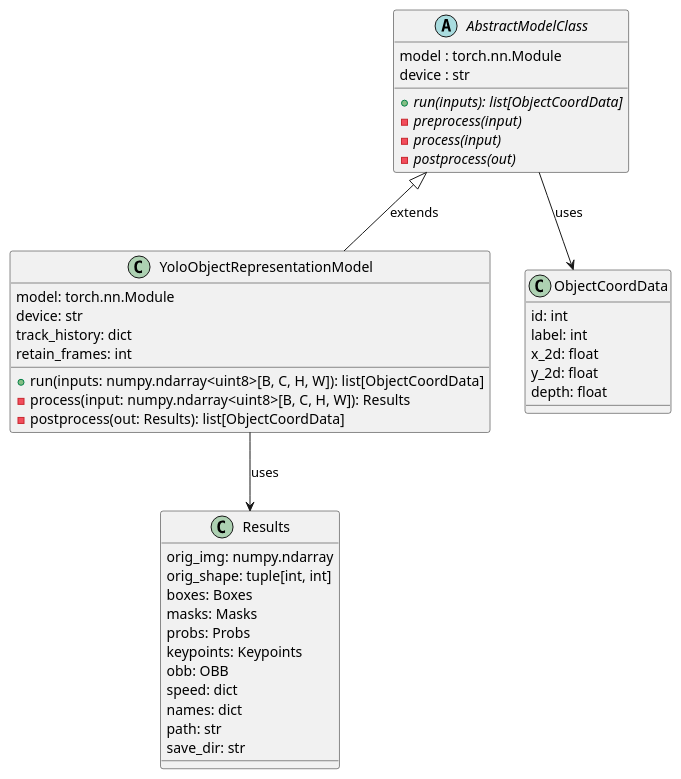
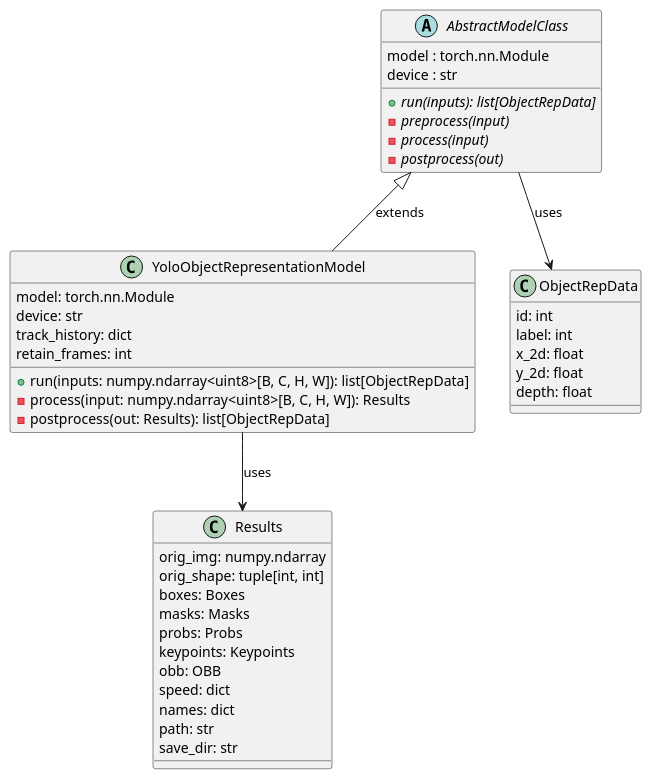
Before and after one commit to Jedi-Vision/ECE44x: the diagram in object_rep.puml, drawn with PlantUML. The commit also changed 9 other files, not shown here.

Commit message:
Add object buffer stuff and modify top-level diagrams

```diff
--- a/object_rep.puml
+++ b/object_rep.puml
@@ -1,48 +1,48 @@
 @startuml Object Representation
 
 abstract AbstractModelClass {
     model : torch.nn.Module
     device : str
-    + {abstract} run(inputs): list[ObjectCoordData]
+    + {abstract} run(inputs): list[ObjectRepData]
     - {abstract} preprocess(input)
     - {abstract} process(input)
     - {abstract} postprocess(out)
 }
 
 class YoloObjectRepresentationModel {
     model: torch.nn.Module
     device: str
     track_history: dict
     retain_frames: int
-    + run(inputs: numpy.ndarray<uint8>[B, C, H, W]): list[ObjectCoordData]
+    + run(inputs: numpy.ndarray<uint8>[B, C, H, W]): list[ObjectRepData]
     - process(input: numpy.ndarray<uint8>[B, C, H, W]): Results
-    - postprocess(out: Results): list[ObjectCoordData]
+    - postprocess(out: Results): list[ObjectRepData]
 }
 
 class Results {
     orig_img: numpy.ndarray
     orig_shape: tuple[int, int]
     boxes: Boxes
     masks: Masks
     probs: Probs
     keypoints: Keypoints
     obb: OBB
     speed: dict
     names: dict
     path: str
     save_dir: str
 }
 
 AbstractModelClass <|-- YoloObjectRepresentationModel : extends
-AbstractModelClass --> ObjectCoordData : uses
+AbstractModelClass --> ObjectRepData : uses
 YoloObjectRepresentationModel --> Results : uses
 
-class ObjectCoordData {
+class ObjectRepData {
     id: int
     label: int
     x_2d: float
     y_2d: float
     depth: float
 }
 
 @enduml
```
